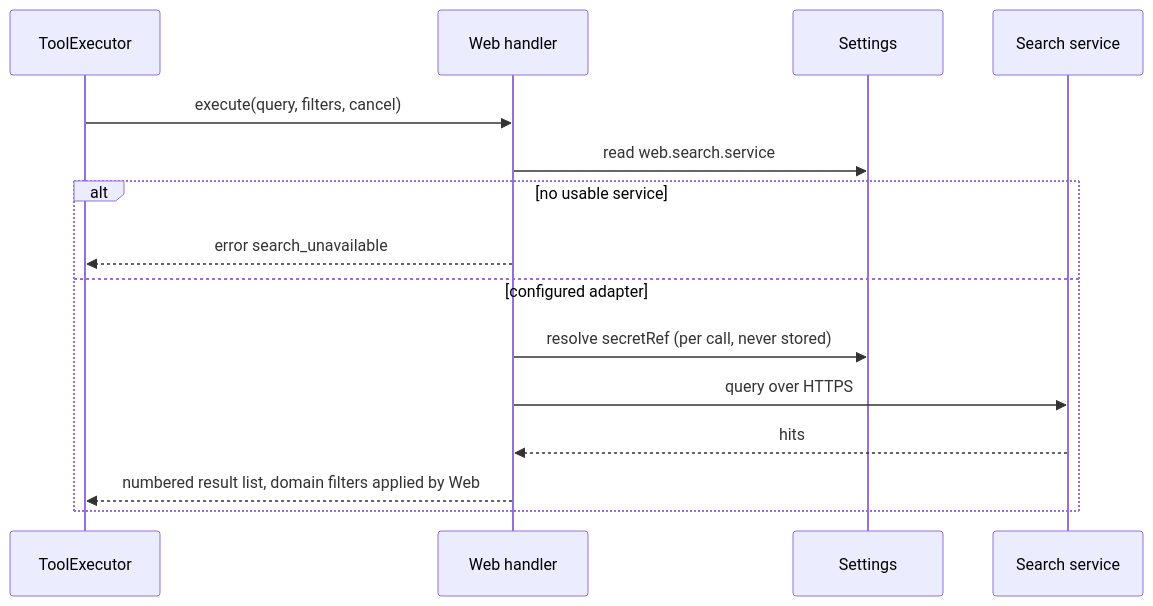
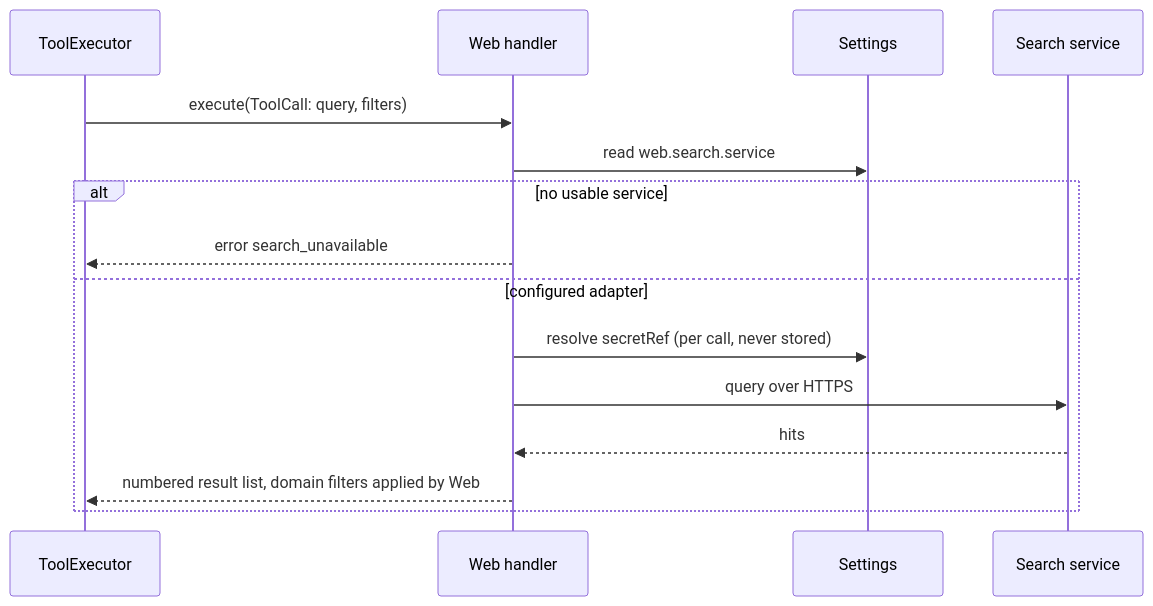
One commit to CoutinhoTTS/dim-agent changed the fourth of 5 diagrams in docs/design/plugins/Web.md. Above: the diagram before and after it, drawn with Mermaid. The commit also changed other lines of this file and 3 other files, not shown here.

````diff
--- a/docs/design/plugins/Web.md
+++ b/docs/design/plugins/Web.md
@@ -89,17 +89,17 @@
 ```mermaid
 sequenceDiagram
   participant X as ToolExecutor
   participant W as Web handler
   participant S as Settings
   participant Q as Search service
-  X->>W: execute(query, filters, cancel)
+  X->>W: execute(ToolCall: query, filters)
   W->>S: read web.search.service
   alt no usable service
     W-->>X: error search_unavailable
   else configured adapter
     W->>S: resolve secretRef (per call, never stored)
     W->>Q: query over HTTPS
     Q-->>W: hits
     W-->>X: numbered result list, domain filters applied by Web
   end
 ```
````
